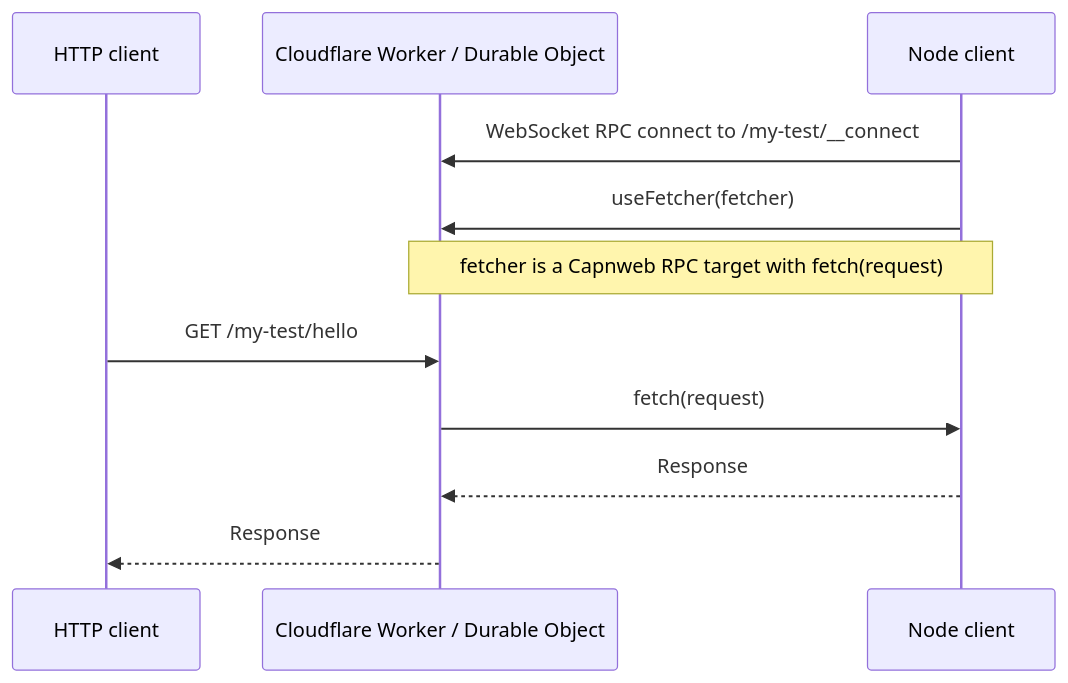
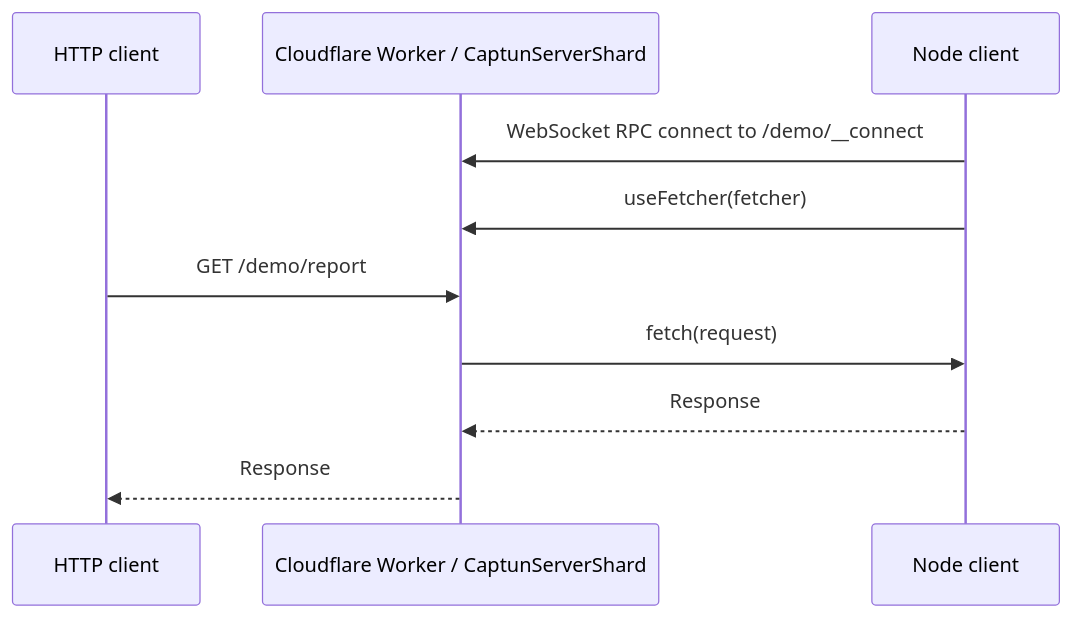
One commit to iterate/capnweb-tunnel changed the diagram in README.md. Above: the diagram before and after it, drawn with Mermaid. The commit also changed other lines of this file and 56 other files, not shown here.

````diff
--- a/README.md
+++ b/README.md
@@ -187,14 +104,13 @@
 ```mermaid
 sequenceDiagram
   participant HTTP as HTTP client
-  participant Server as Cloudflare Worker / Durable Object
+  participant Server as Cloudflare Worker / CaptunServerShard
   participant Client as Node client
 
-  Client->>Server: WebSocket RPC connect to /my-test/__connect
+  Client->>Server: WebSocket RPC connect to /demo/__connect
   Client->>Server: useFetcher(fetcher)
-  Note over Client,Server: fetcher is a Capnweb RPC target with fetch(request)
-  HTTP->>Server: GET /my-test/hello
+  HTTP->>Server: GET /demo/report
   Server->>Client: fetch(request)
   Client-->>Server: Response
   Server-->>HTTP: Response
 ```
````
